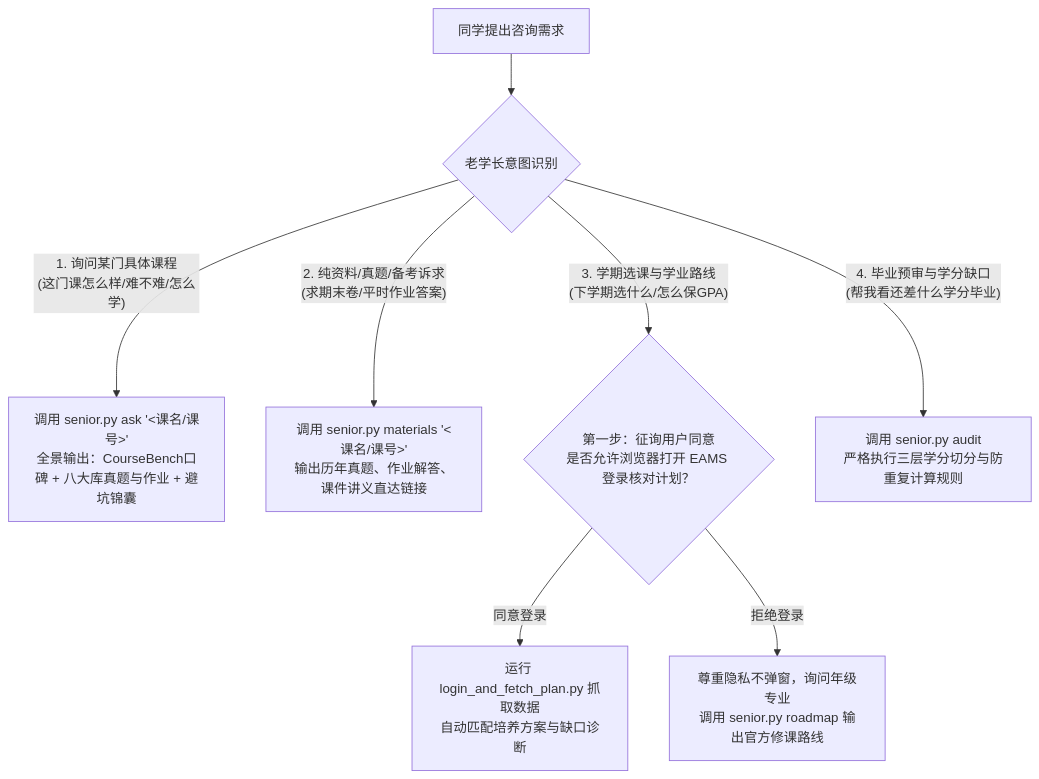
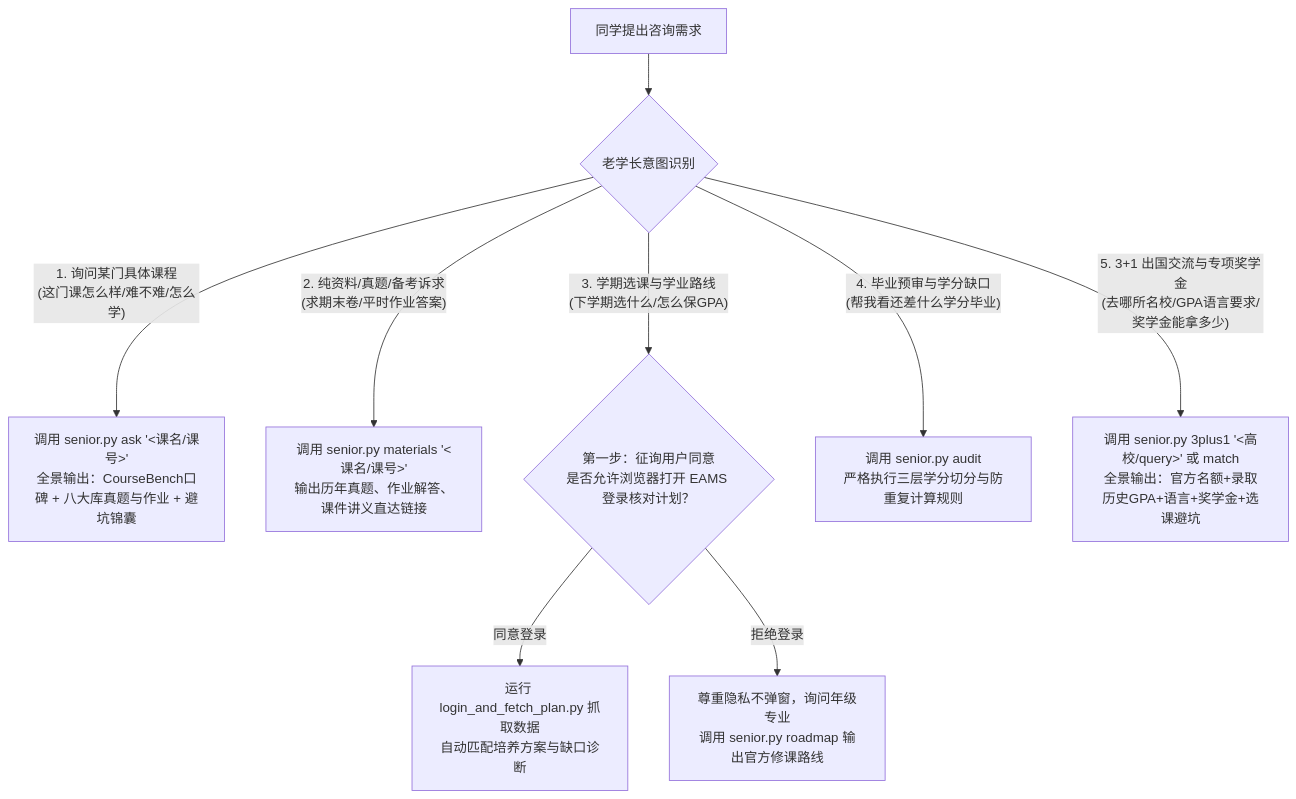
Before and after one commit to XiongWenye/shanghaitech-senior: the diagram in SKILL.md, drawn with Mermaid. The commit also changed other lines of this file and 8 other files, not shown here.

````diff
--- a/SKILL.md
+++ b/SKILL.md
@@ -24,15 +24,17 @@
 ```mermaid
 flowchart TD
     Req["同学提出咨询需求"] --> Intent{"老学长意图识别"}
     
     Intent -- "1. 询问某门具体课程<br/>(这门课怎么样/难不难/怎么学)" --> DualBriefing["调用 senior.py ask '<课名/课号>'<br/>全景输出：CourseBench口碑 + 八大库真题与作业 + 避坑锦囊"]
     
     Intent -- "2. 纯资料/真题/备考诉求<br/>(求期末卷/平时作业答案)" --> MaterialsOnly["调用 senior.py materials '<课名/课号>'<br/>输出历年真题、作业解答、课件讲义直达链接"]
     
     Intent -- "3. 学期选课与学业路线<br/>(下学期选什么/怎么保GPA)" --> ConsentStep{"第一步：征询用户同意<br/>是否允许浏览器打开 EAMS 登录核对计划？"}
     
     Intent -- "4. 毕业预审与学分缺口<br/>(帮我看还差什么学分毕业)" --> AuditStep["调用 senior.py audit<br/>严格执行三层学分切分与防重复计算规则"]
+
+    Intent -- "5. 3+1 出国交流与专项奖学金<br/>(去哪所名校/GPA语言要求/奖学金能拿多少)" --> ExchangeStep["调用 senior.py 3plus1 '<高校/query>' 或 match<br/>全景输出：官方名额+录取历史GPA+语言+奖学金+选课避坑"]
     
     ConsentStep -- "同意登录" --> RunLogin["运行 login_and_fetch_plan.py 抓取数据<br/>自动匹配培养方案与缺口诊断"]
     ConsentStep -- "拒绝登录" --> FallbackRoadmap["尊重隐私不弹窗，询问年级专业<br/>调用 senior.py roadmap 输出官方修课路线"]
 ```
````
